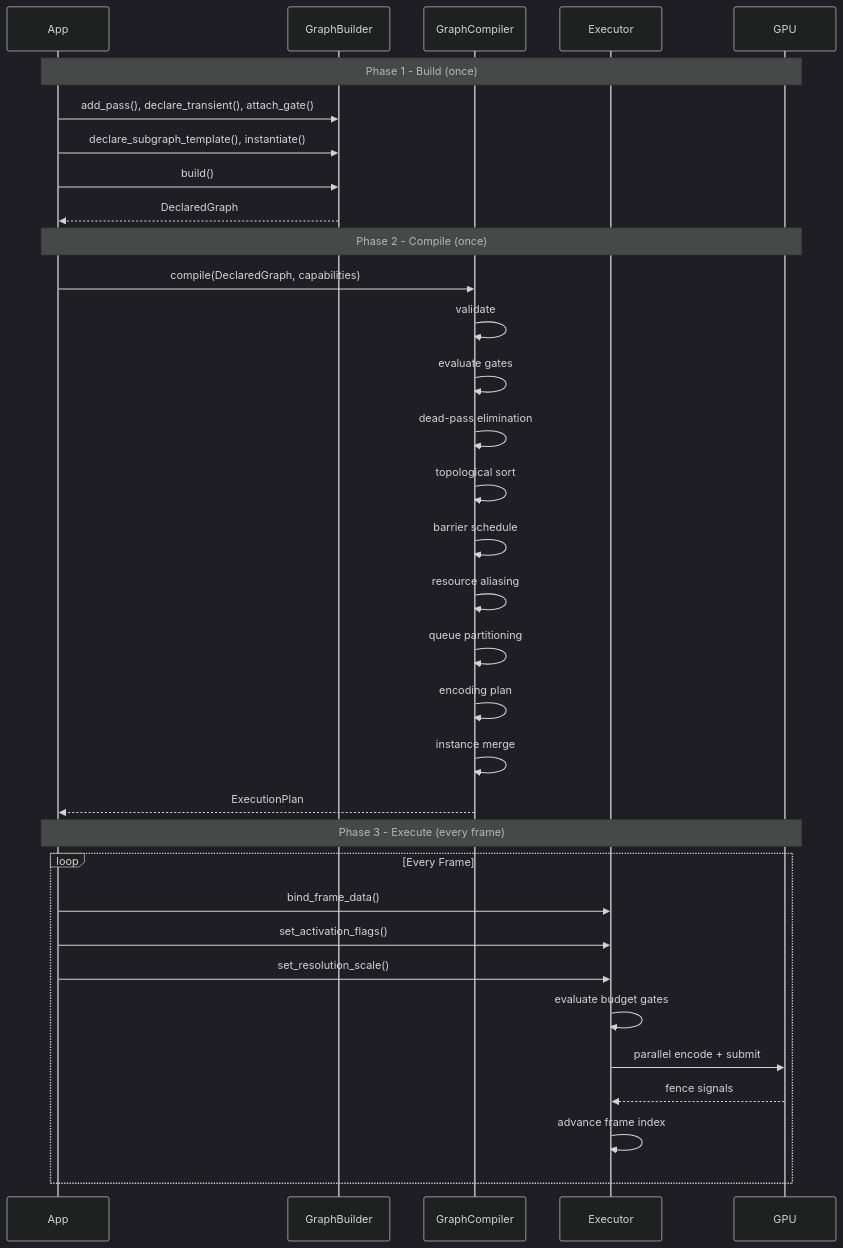
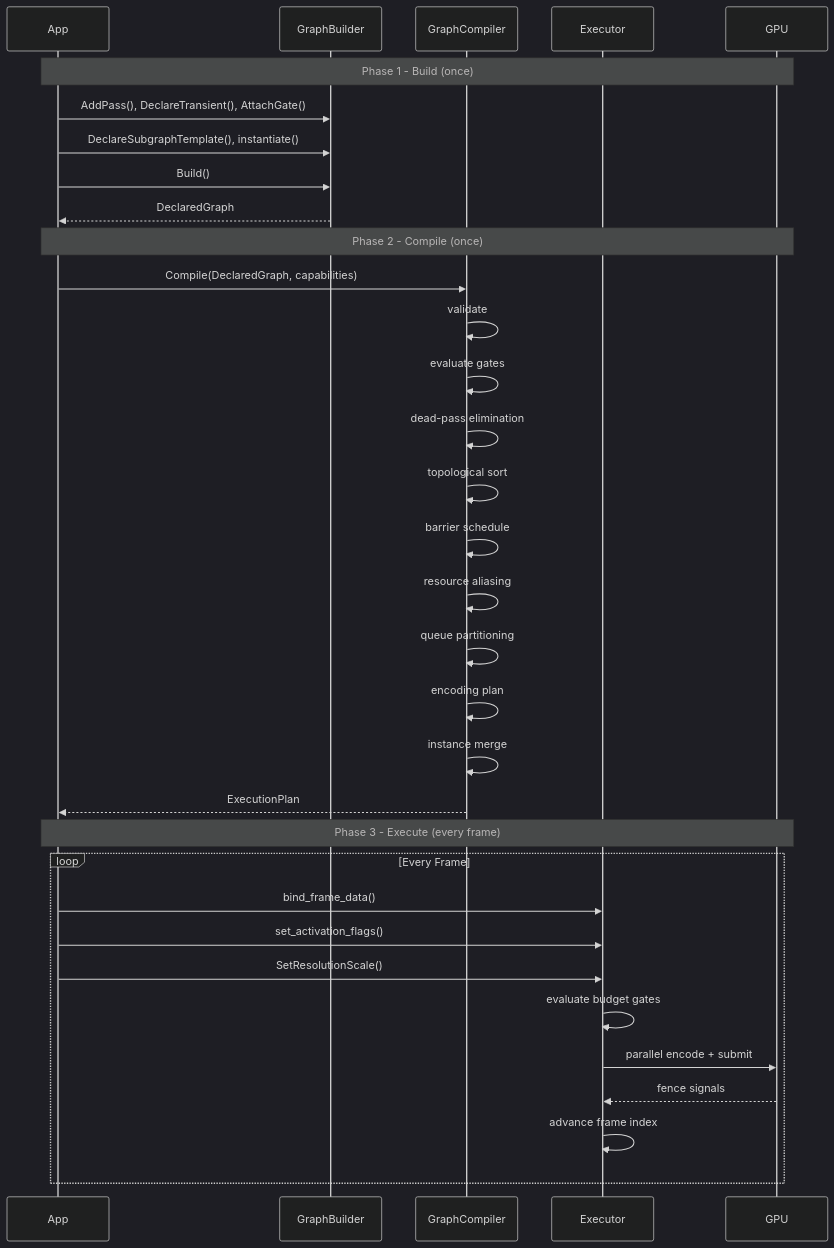
One commit to harmonius-dev/harmonius changed diagram 11 of 15 in docs/design/render-graph-classes.md. Above: the diagram before and after it, drawn with Mermaid (dark theme). The commit also changed other lines of this file and 67 other files, not shown here.

````diff
--- a/docs/design/render-graph-classes.md
+++ b/docs/design/render-graph-classes.md
@@ -925,38 +925,38 @@
 ```mermaid
 sequenceDiagram
     participant App
     participant GB as GraphBuilder
     participant GC as GraphCompiler
     participant Exec as Executor
     participant GPU
 
     Note over App,GPU: Phase 1 - Build (once)
-    App->>GB: add_pass(), declare_transient(), attach_gate()
-    App->>GB: declare_subgraph_template(), instantiate()
-    App->>GB: build()
+    App->>GB: AddPass(), DeclareTransient(), AttachGate()
+    App->>GB: DeclareSubgraphTemplate(), instantiate()
+    App->>GB: Build()
     GB-->>App: DeclaredGraph
 
     Note over App,GPU: Phase 2 - Compile (once)
-    App->>GC: compile(DeclaredGraph, capabilities)
+    App->>GC: Compile(DeclaredGraph, capabilities)
     GC->>GC: validate
     GC->>GC: evaluate gates
     GC->>GC: dead-pass elimination
     GC->>GC: topological sort
     GC->>GC: barrier schedule
     GC->>GC: resource aliasing
     GC->>GC: queue partitioning
     GC->>GC: encoding plan
     GC->>GC: instance merge
     GC-->>App: ExecutionPlan
 
     Note over App,GPU: Phase 3 - Execute (every frame)
     loop Every Frame
         App->>Exec: bind_frame_data()
         App->>Exec: set_activation_flags()
-        App->>Exec: set_resolution_scale()
+        App->>Exec: SetResolutionScale()
         Exec->>Exec: evaluate budget gates
         Exec->>GPU: parallel encode + submit
         GPU-->>Exec: fence signals
         Exec->>Exec: advance frame index
     end
 ```
````
